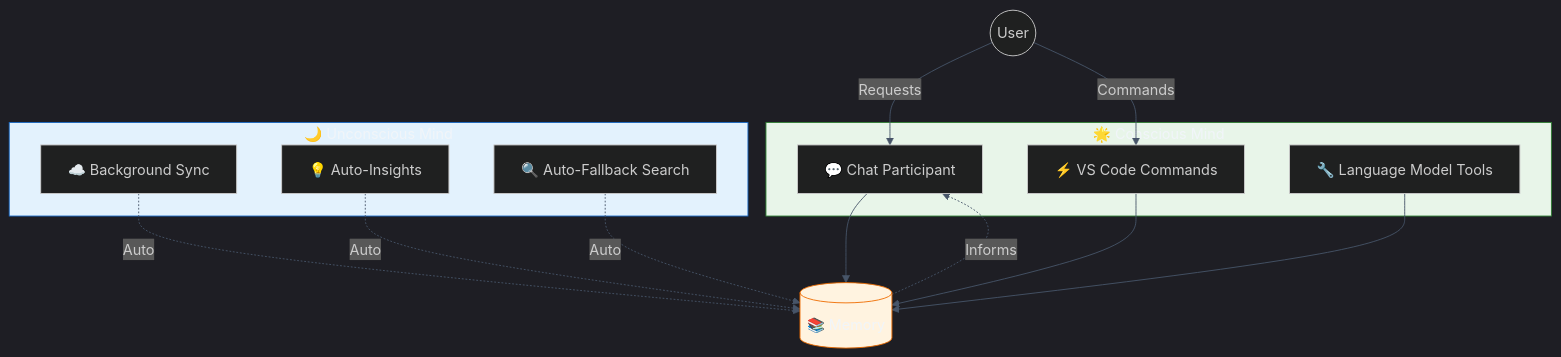
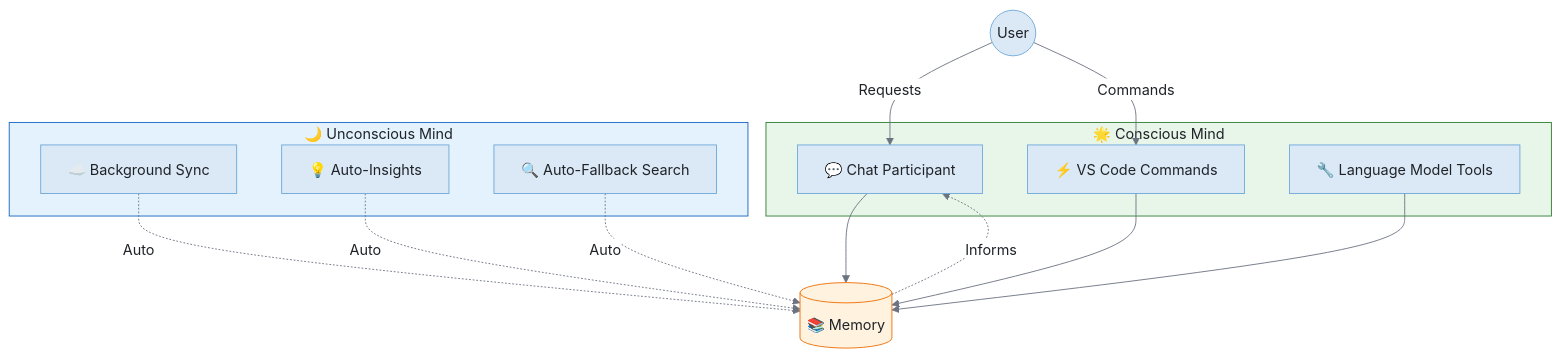
Before and after one commit to fabioc-aloha/Alex_Plug_In: the first of 7 diagrams in alex_docs/architecture/COGNITIVE-ARCHITECTURE.md, drawn with Mermaid. The commit also changed other lines of this file and 307 other files, not shown here.

````diff
--- a/alex_docs/architecture/COGNITIVE-ARCHITECTURE.md
+++ b/alex_docs/architecture/COGNITIVE-ARCHITECTURE.md
@@ -19,36 +19,36 @@
 ```mermaid
-%%{init: {'theme': 'dark', 'themeVariables': {'background': '#0f172a', 'primaryColor': '#1e293b', 'primaryTextColor': '#f1f5f9', 'primaryBorderColor': '#818cf8', 'lineColor': '#475569', 'secondaryColor': '#1e293b', 'secondaryBorderColor': '#2dd4bf', 'tertiaryColor': '#1e293b', 'fontFamily': 'Segoe UI, system-ui, sans-serif'}}}%%
+%%{init: {'theme': 'base', 'themeVariables': {'background': '#f8f9fa', 'primaryColor': '#dbe9f6', 'primaryTextColor': '#1f2328', 'primaryBorderColor': '#6ea8d9', 'lineColor': '#6b7280', 'secondaryColor': '#d1f5ef', 'secondaryBorderColor': '#5ab5a0', 'tertiaryColor': '#ede7f6', 'tertiaryBorderColor': '#b39ddb', 'edgeLabelBackground': '#ffffff', 'fontFamily': 'Segoe UI, system-ui, sans-serif'}}}%%
 flowchart TB
     U((User))
 
     subgraph CONSCIOUS["🌟 Conscious Mind"]
         CP["💬 Chat Participant"]
         SC["⚡ VS Code Commands"]
         LMT["🔧 Language Model Tools"]
     end
 
     subgraph UNCONSCIOUS["🌙 Unconscious Mind"]
         BGS["☁️ Background Sync"]
         AID["💡 Auto-Insights"]
         AFS["🔍 Auto-Fallback Search"]
     end
 
     MEM[("📚 Memory")]
 
     U -->|Requests| CP
     U -->|Commands| SC
 
     CP --> MEM
     SC --> MEM
     LMT --> MEM
 
     BGS -.->|Auto| MEM
     AID -.->|Auto| MEM
     AFS -.->|Auto| MEM
 
     MEM -.->|Informs| CP
 
-    style CONSCIOUS fill:#e8f5e9,stroke:#2e7d32,color:#f1f5f9
-    style UNCONSCIOUS fill:#e3f2fd,stroke:#1565c0,color:#f1f5f9
-    style MEM fill:#fff3e0,stroke:#ef6c00,color:#f1f5f9
+    style CONSCIOUS fill:#e8f5e9,stroke:#2e7d32,color:#1f2328
+    style UNCONSCIOUS fill:#e3f2fd,stroke:#1565c0,color:#1f2328
+    style MEM fill:#fff3e0,stroke:#ef6c00,color:#1f2328
 ```
````
